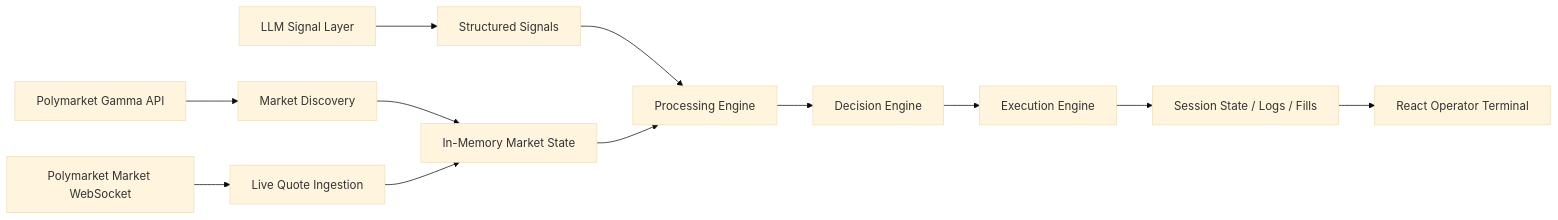
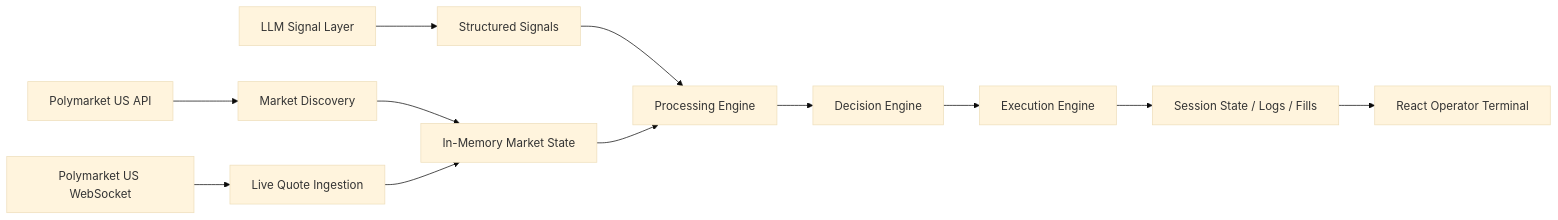
Before and after one commit to npyrz/probis: the first of 2 diagrams in README.md, drawn with Mermaid (base theme). The commit also changed other lines of this file and 12 other files, not shown here.

Commit message:
feat: update README and configuration for Polymarket US integration, replacing previous API references and enhancing account management features

````diff
--- a/README.md
+++ b/README.md
@@ -17,14 +17,14 @@
 ```mermaid
 flowchart LR
-	A[Polymarket Gamma API] --> B[Market Discovery]
-	C[Polymarket Market WebSocket] --> D[Live Quote Ingestion]
+	A[Polymarket US API] --> B[Market Discovery]
+	C[Polymarket US WebSocket] --> D[Live Quote Ingestion]
 	B --> E[In-Memory Market State]
 	D --> E
 	F[LLM Signal Layer] --> G[Structured Signals]
 	G --> H[Processing Engine]
 	E --> H
 	H --> I[Decision Engine]
 	I --> J[Execution Engine]
 	J --> K[Session State / Logs / Fills]
 	K --> L[React Operator Terminal]
 ```
````
